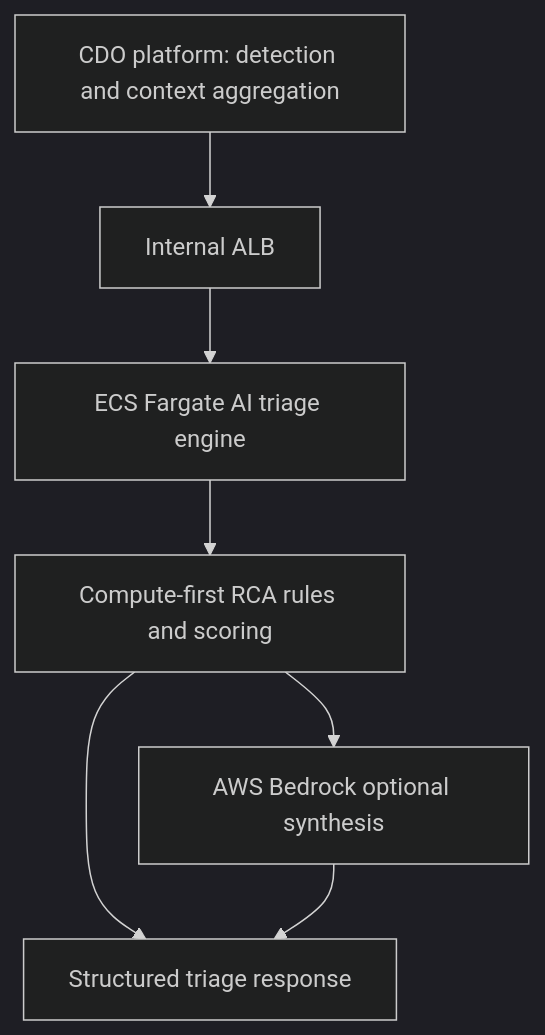
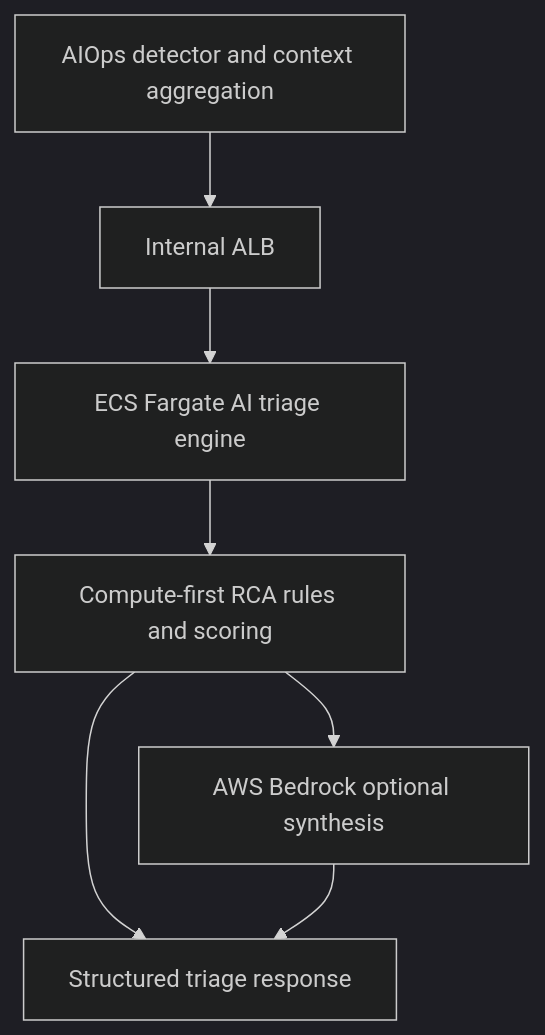
Before and after one commit to c0mmie-b0msh3ll/xBrain-capstone2: the diagram in capstone/tf-1/ai/docs/03_ai_engine_spec.md, drawn with Mermaid (dark theme). The commit also changed other lines of this file and 10 other files, not shown here.

Commit message:
Clarify AIOps ownership of detection and context

````diff
--- a/capstone/tf-1/ai/docs/03_ai_engine_spec.md
+++ b/capstone/tf-1/ai/docs/03_ai_engine_spec.md
@@ -186,9 +186,9 @@
 ```mermaid
 graph TB
-    CDO[CDO platform: detection and context aggregation] --> ALB[Internal ALB]
+    Detector[AIOps detector and context aggregation] --> ALB[Internal ALB]
     ALB --> ECS[ECS Fargate AI triage engine]
     ECS --> Rules[Compute-first RCA rules and scoring]
     Rules --> Response[Structured triage response]
     Rules --> Bedrock[AWS Bedrock optional synthesis]
     Bedrock --> Response
 ```
````
